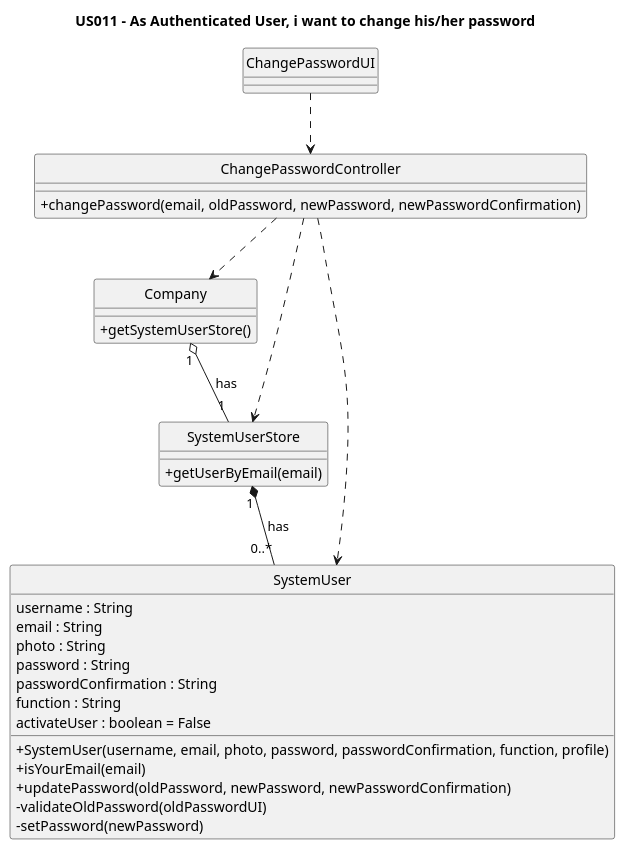
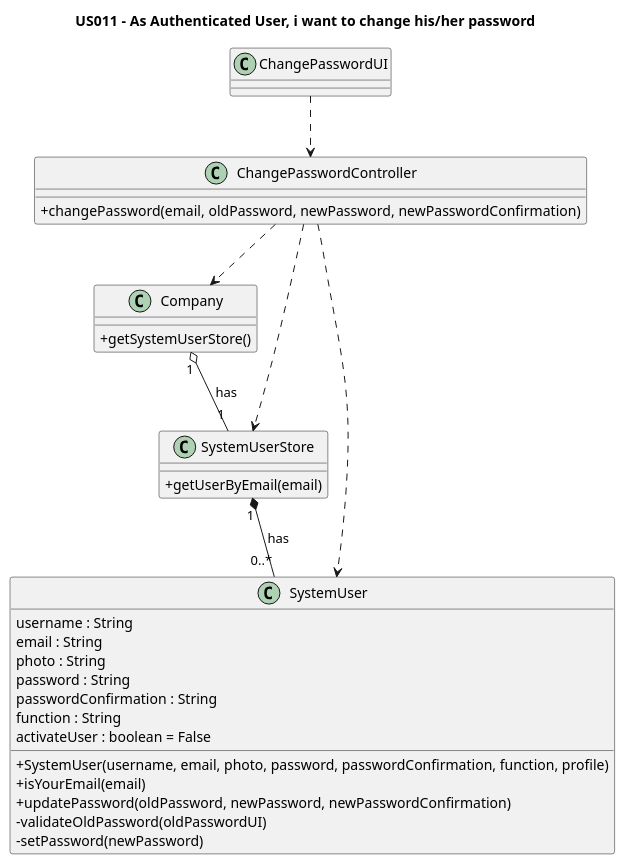
Before and after one commit to nunogon1211787/projectManagement: the diagram in docs/Sprint1/US011/US011-CD.puml, drawn with PlantUML. The commit also changed 9 other files, not shown here.

```diff
--- a/docs/Sprint1/US011/US011-CD.puml
+++ b/docs/Sprint1/US011/US011-CD.puml
@@ -1,52 +1,49 @@
 @startuml
 'https://plantuml.com/class-diagram
 
-hide circle
+'hide circle
 skinparam classAttributeIconSize 0
 
 title US011 - As Authenticated User, i want to change his/her password
 
 
 class ChangePasswordUI {
-
 }
 
 class ChangePasswordController {
 +changePassword(email, oldPassword, newPassword, newPasswordConfirmation)
 }
 
 class Company {
 +getSystemUserStore()
 }
 
 class SystemUserStore {
 +getUserByEmail(email)
 }
-
 
 class SystemUser {
 username : String
 email : String
 photo : String
 password : String
 passwordConfirmation : String
 function : String
 activateUser : boolean = False
 +SystemUser(username, email, photo, password, passwordConfirmation, function, profile)
 +isYourEmail(email)
 +updatePassword(oldPassword, newPassword, newPasswordConfirmation)
 -validateOldPassword(oldPasswordUI)
 -setPassword(newPassword)
 }
 
-
 ChangePasswordUI ..> ChangePasswordController
 
 ChangePasswordController ..> Company
 ChangePasswordController ..> SystemUserStore
 ChangePasswordController ..> SystemUser
 
-
 Company "1" o-- "1" SystemUserStore: has
 SystemUserStore "1" *-- "0..*" SystemUser: has
+
 @enduml
```
